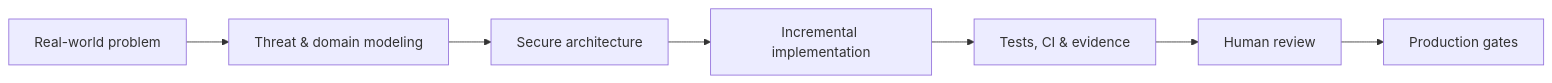
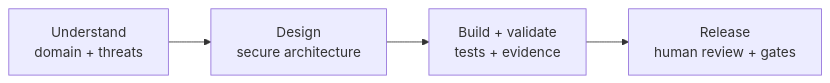
The diagram in README.md (Samurai33/Samurai33), drawn with Mermaid before and after one commit.

Commit message:
refine profile engineering flow

````diff
--- a/README.md
+++ b/README.md
@@ -103,9 +103,6 @@
 ```mermaid
 flowchart LR
-    A["Real-world problem"] --> B["Threat & domain modeling"]
-    B --> C["Secure architecture"]
-    C --> D["Incremental implementation"]
-    D --> E["Tests, CI & evidence"]
-    E --> F["Human review"]
-    F --> G["Production gates"]
+    A["Understand<br/>domain + threats"] --> B["Design<br/>secure architecture"]
+    B --> C["Build + validate<br/>tests + evidence"]
+    C --> D["Release<br/>human review + gates"]
 ```
````
